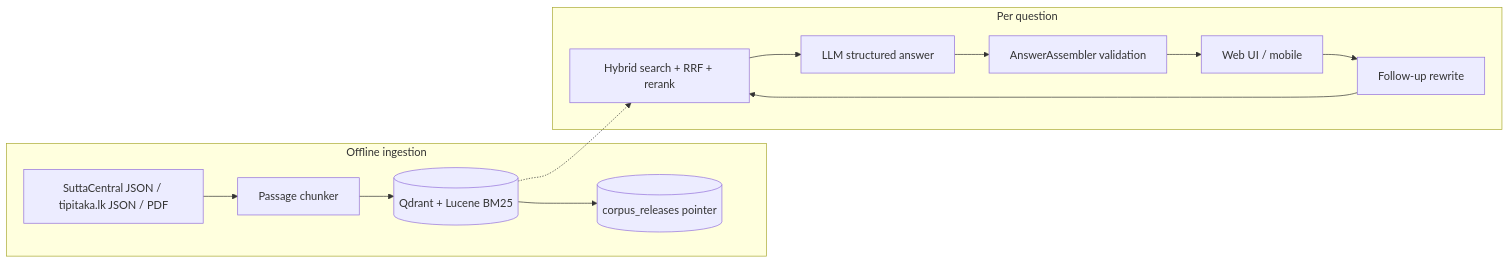
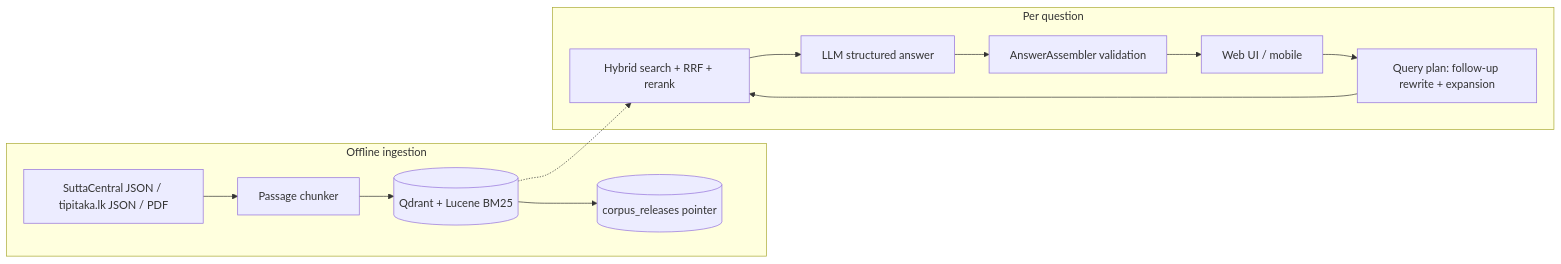
Before and after one commit to sujan88/tripitaka-ai: the diagram in README.md, drawn with Mermaid. The commit also changed other lines of this file and 6 other files, not shown here.

First line of the commit message:
One model call for follow-up rewrite and query expansion

````diff
--- a/README.md
+++ b/README.md
@@ -5,12 +5,12 @@
 ```mermaid
 flowchart LR
   subgraph Offline ingestion
     S[SuttaCentral JSON / tipitaka.lk JSON / PDF] --> P[Passage chunker] --> I[(Qdrant + Lucene BM25)]
     I --> R[(corpus_releases pointer)]
   end
   subgraph Per question
-    U[Web UI / mobile] --> Q[Follow-up rewrite] --> H[Hybrid search + RRF + rerank]
+    U[Web UI / mobile] --> Q[Query plan: follow-up rewrite + expansion] --> H[Hybrid search + RRF + rerank]
     H --> L[LLM structured answer] --> V[AnswerAssembler validation] --> U
   end
   I -.-> H
 ```
````
